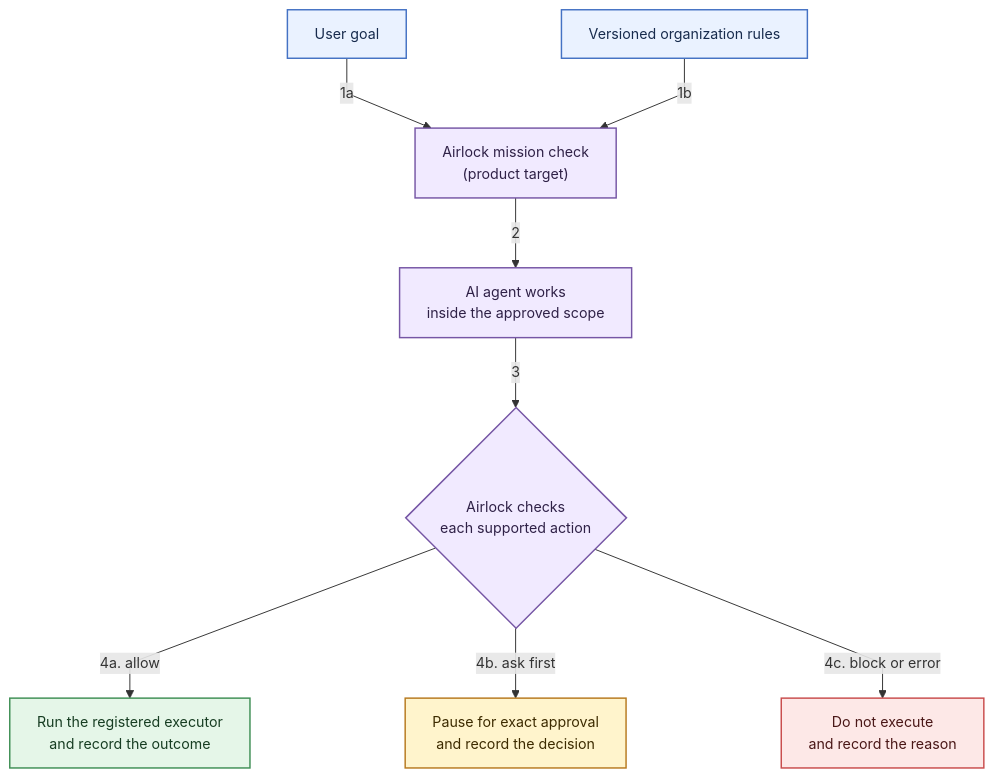
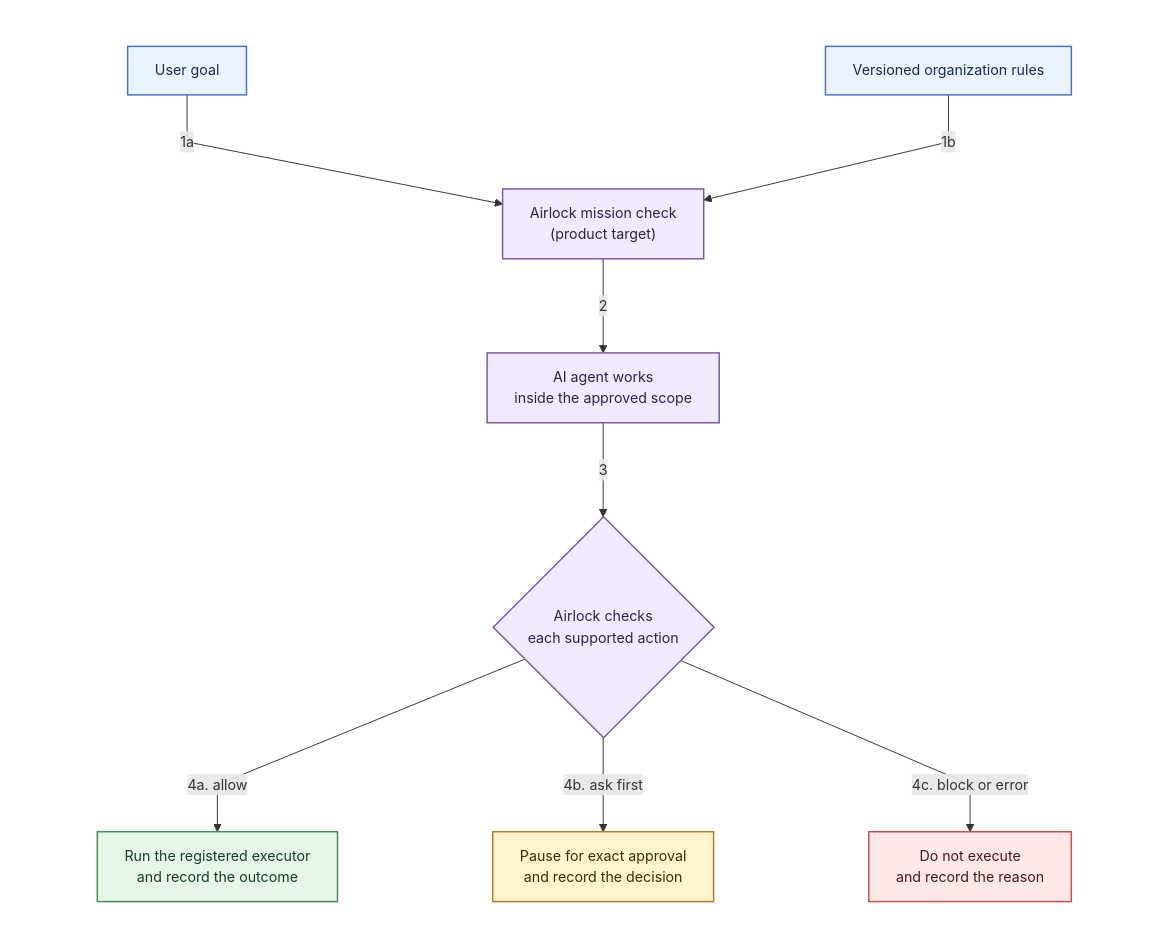
The second of 5 diagrams in README.md (debchoudhury-id4s/agent-airlock), drawn with Mermaid before and after one commit. The commit also changed other lines of this file, not shown here.

Commit message:
white bckg for diagrams against black theme

````diff
--- a/README.md
+++ b/README.md
@@ -63,22 +67,26 @@
 ```mermaid
-%%{init: {"fontFamily": "Calibri Light, Calibri, Arial, sans-serif", "themeVariables": {"background": "#ffffff", "fontSize": "11pt"}, "flowchart": {"useMaxWidth": true, "htmlLabels": true, "curve": "linear", "nodeSpacing": 160, "rankSpacing": 50, "padding": 14, "diagramPadding": 8, "wrappingWidth": 200}}}%%
+%%{init: {"fontFamily": "Calibri Light, Calibri, Arial, sans-serif", "themeVariables": {"background": "#ffffff", "fontSize": "11pt"}, "flowchart": {"useMaxWidth": true, "htmlLabels": true, "curve": "linear", "nodeSpacing": 160, "rankSpacing": 50, "padding": 14, "diagramPadding": 0, "wrappingWidth": 200}}}%%
 flowchart TB
-    Goal["User goal"] -->|1a| Mission["Airlock mission check<br/>(product target)"]
-    Rules["Versioned organization rules"] -->|1b| Mission
-    Mission -->|2| Agent["AI agent works<br/>inside the approved scope"]
-    Agent -->|3| Check{"Airlock checks<br/>each supported action"}
-    Check -->|"4a. allow"| Allow["Run the registered executor<br/>and record the outcome"]
-    Check -->|"4b. ask first"| Ask["Pause for exact approval<br/>and record the decision"]
-    Check -->|"4c. block or error"| Block["Do not execute<br/>and record the reason"]
+    subgraph WhiteBackground2[" "]
+        direction TB
+        Goal["User goal"] -->|1a| Mission["Airlock mission check<br/>(product target)"]
+        Rules["Versioned organization rules"] -->|1b| Mission
+        Mission -->|2| Agent["AI agent works<br/>inside the approved scope"]
+        Agent -->|3| Check{"Airlock checks<br/>each supported action"}
+        Check -->|"4a. allow"| Allow["Run the registered executor<br/>and record the outcome"]
+        Check -->|"4b. ask first"| Ask["Pause for exact approval<br/>and record the decision"]
+        Check -->|"4c. block or error"| Block["Do not execute<br/>and record the reason"]
+    end
 
+    style WhiteBackground2 fill:#ffffff,stroke:#ffffff,color:#ffffff;
     classDef input fill:#eaf2ff,stroke:#4472c4,color:#172b4d,stroke-width:1.5px;
     classDef control fill:#f1eaff,stroke:#7656a5,color:#2f2147,stroke-width:1.5px;
     classDef allow fill:#e5f6e8,stroke:#3f8f55,color:#173d22,stroke-width:1.5px;
     classDef ask fill:#fff4cc,stroke:#b7791f,color:#3d2b00,stroke-width:1.5px;
     classDef block fill:#fde8e7,stroke:#c94c4c,color:#4a1717,stroke-width:1.5px;
     class Goal,Rules input;
     class Mission,Agent,Check control;
     class Allow allow;
     class Ask ask;
     class Block block;
 ```
````
